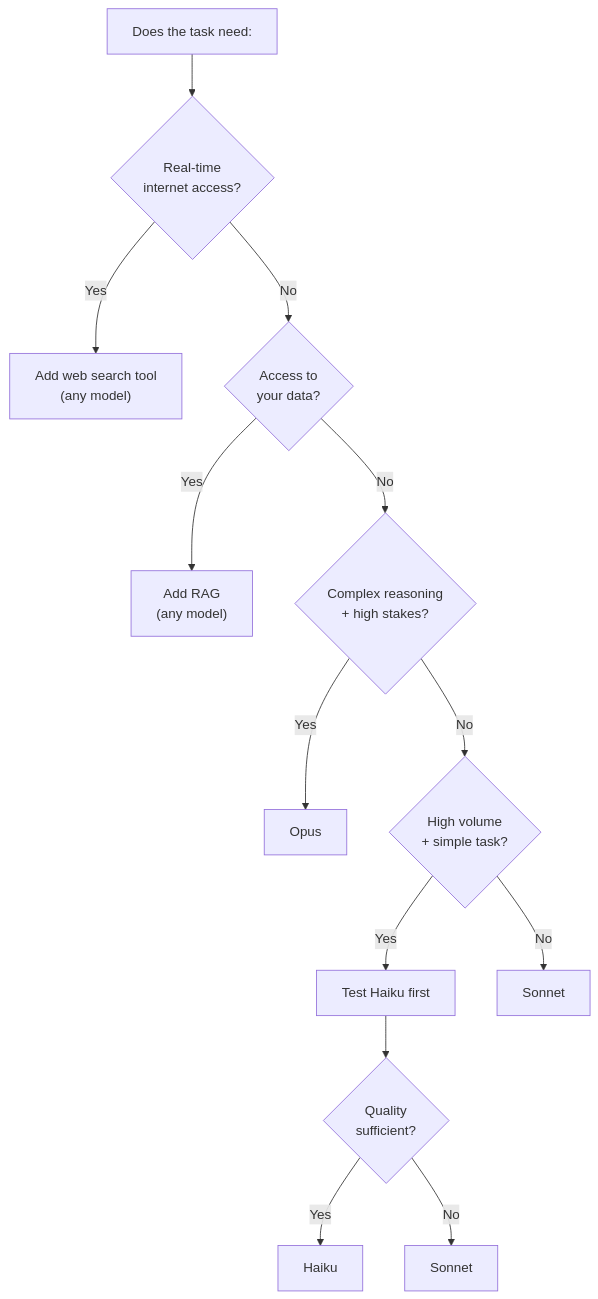
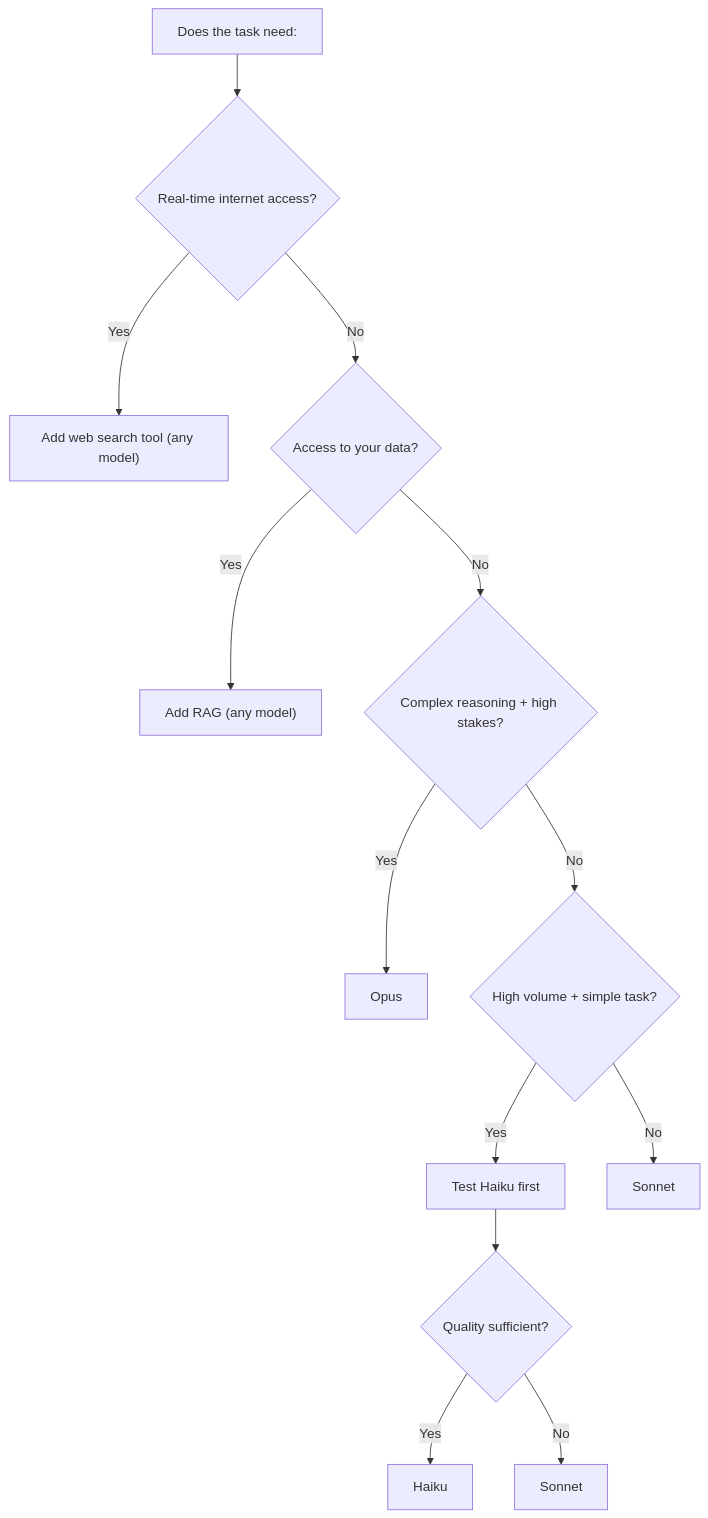
The diagram in module-14-cost-latency.md (mjac-yue/ai-architecture-for-pms), drawn with Mermaid before and after one commit. The commit also changed 15 other files, not shown here.

First line of the commit message:
Remove HTML tags from Mermaid node labels for Obsidian compatibility

````diff
--- a/module-14-cost-latency.md
+++ b/module-14-cost-latency.md
@@ -132,15 +132,15 @@
 ```mermaid
 flowchart TD
-    Start["Does the task need:"] --> RT{"Real-time<br>internet access?"}
-    RT -- Yes --> WS["Add web search tool<br>(any model)"]
-    RT -- No --> YD{"Access to<br>your data?"}
-    YD -- Yes --> RAG["Add RAG<br>(any model)"]
-    YD -- No --> CR{"Complex reasoning<br>+ high stakes?"}
+    Start["Does the task need:"] --> RT{"Real-time internet access?"}
+    RT -- Yes --> WS["Add web search tool (any model)"]
+    RT -- No --> YD{"Access to your data?"}
+    YD -- Yes --> RAG["Add RAG (any model)"]
+    YD -- No --> CR{"Complex reasoning + high stakes?"}
     CR -- Yes --> Opus["Opus"]
-    CR -- No --> HV{"High volume<br>+ simple task?"}
+    CR -- No --> HV{"High volume + simple task?"}
     HV -- Yes --> HaikuTest["Test Haiku first"]
-    HaikuTest --> QOK{"Quality<br>sufficient?"}
+    HaikuTest --> QOK{"Quality sufficient?"}
     QOK -- Yes --> Haiku["Haiku"]
     QOK -- No --> Sonnet1["Sonnet"]
     HV -- No --> Sonnet2["Sonnet"]
 ```
````
